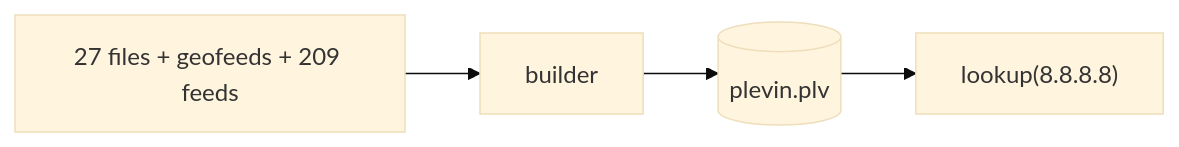
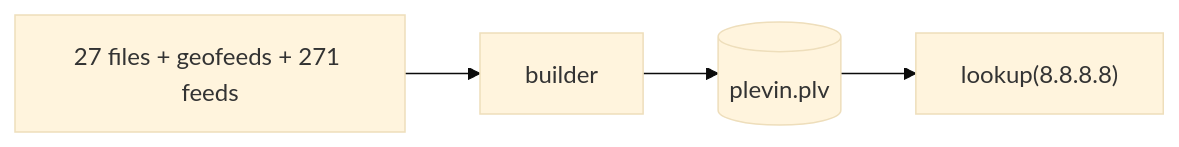
The first of 5 diagrams in builder/README.md (tn3w/plevin), drawn with Mermaid (base theme) before and after one commit. The commit also changed other lines of this file and 4 other files, not shown here.

Commit message:
feat: add 62 feeds (ARIN operator geofeeds, anycast prefixes, ClaudeBot/Amazonbot, Hola, SaaS/CDN ranges, 23 abuse lists), move Google crawler URLs

````diff
--- a/builder/README.md
+++ b/builder/README.md
@@ -21,4 +21,4 @@
 ```mermaid
 flowchart LR
-    S["27 files + geofeeds + 209 feeds"] --> B[builder] --> D[("plevin.plv")] --> Q["lookup(8.8.8.8)"]
+    S["27 files + geofeeds + 271 feeds"] --> B[builder] --> D[("plevin.plv")] --> Q["lookup(8.8.8.8)"]
 ```
````
